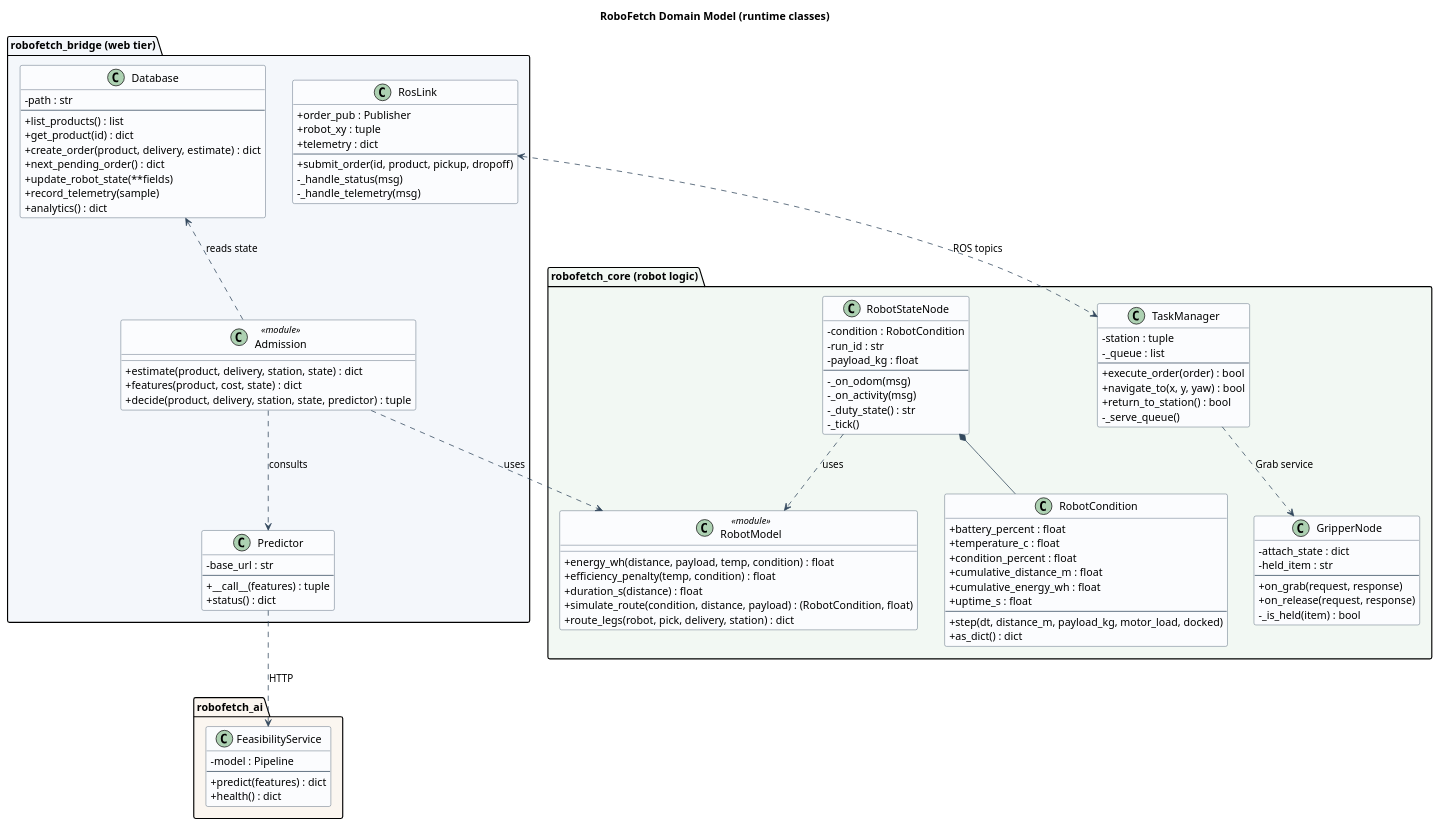
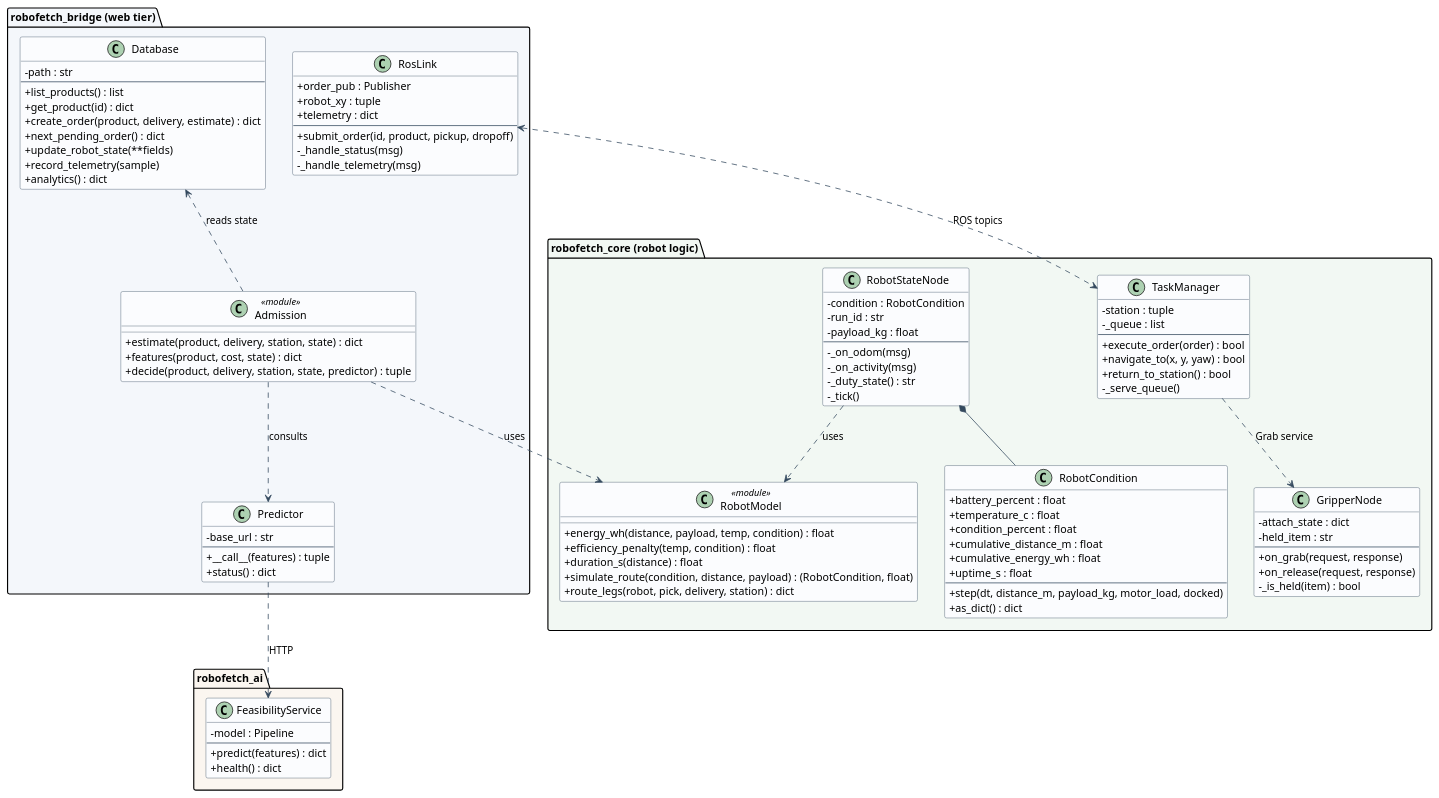
One commit to ArianShafagh/robofetch changed the diagram in report/uml/02-domain-class.puml. Above: the diagram before and after it, drawn with PlantUML. The commit also changed 24 other files, not shown here.

First line of the commit message:
Diagrams: drop the titles and the prose, explain them in the report instead

```diff
--- a/report/uml/02-domain-class.puml
+++ b/report/uml/02-domain-class.puml
@@ -7,122 +7,121 @@
 @startuml
 skinparam backgroundColor White
 skinparam shadowing false
 skinparam classAttributeIconSize 0
 skinparam class {
   BackgroundColor #FBFCFE
   BorderColor #34495E
   ArrowColor #34495E
 }
 
-title RoboFetch Domain Model (runtime classes)
 
 package "robofetch_core (robot logic)" #F2F8F3 {
 
   class RobotCondition {
     +battery_percent : float
     +temperature_c : float
     +condition_percent : float
     +cumulative_distance_m : float
     +cumulative_energy_wh : float
     +uptime_s : float
     --
     +step(dt, distance_m, payload_kg, motor_load, docked)
     +as_dict() : dict
   }
 
   class RobotModel <<module>> {
     +energy_wh(distance, payload, temp, condition) : float
     +efficiency_penalty(temp, condition) : float
     +duration_s(distance) : float
     +simulate_route(condition, distance, payload) : (RobotCondition, float)
     +route_legs(robot, pick, delivery, station) : dict
   }
 
   class RobotStateNode {
     -condition : RobotCondition
     -run_id : str
     -payload_kg : float
     --
     -_on_odom(msg)
     -_on_activity(msg)
     -_duty_state() : str
     -_tick()
   }
 
   class TaskManager {
     -station : tuple
     -_queue : list
     --
     +execute_order(order) : bool
     +navigate_to(x, y, yaw) : bool
     +return_to_station() : bool
     -_serve_queue()
   }
 
   class GripperNode {
     -attach_state : dict
     -held_item : str
     --
     +on_grab(request, response)
     +on_release(request, response)
     -_is_held(item) : bool
   }
 }
 
 package "robofetch_bridge (web tier)" #F4F7FB {
 
   class Admission <<module>> {
     +estimate(product, delivery, station, state) : dict
     +features(product, cost, state) : dict
     +decide(product, delivery, station, state, predictor) : tuple
   }
 
   class Database {
     -path : str
     --
     +list_products() : list
     +get_product(id) : dict
     +create_order(product, delivery, estimate) : dict
     +next_pending_order() : dict
     +update_robot_state(**fields)
     +record_telemetry(sample)
     +analytics() : dict
   }
 
   class Predictor {
     -base_url : str
     --
     +__call__(features) : tuple
     +status() : dict
   }
 
   class RosLink {
     +order_pub : Publisher
     +robot_xy : tuple
     +telemetry : dict
     --
     +submit_order(id, product, pickup, dropoff)
     -_handle_status(msg)
     -_handle_telemetry(msg)
   }
 }
 
 package "robofetch_ai" #FBF6F0 {
   class FeasibilityService {
     -model : Pipeline
     --
     +predict(features) : dict
     +health() : dict
   }
 }
 
 RobotStateNode *-- RobotCondition
 RobotStateNode ..> RobotModel : uses
 Admission ..> RobotModel : uses
 Admission ..> Predictor : consults
 Predictor ..> FeasibilityService : HTTP
 Database <.. Admission : reads state
 RosLink <..> TaskManager : ROS topics
 TaskManager ..> GripperNode : Grab service
 
 @enduml
```
